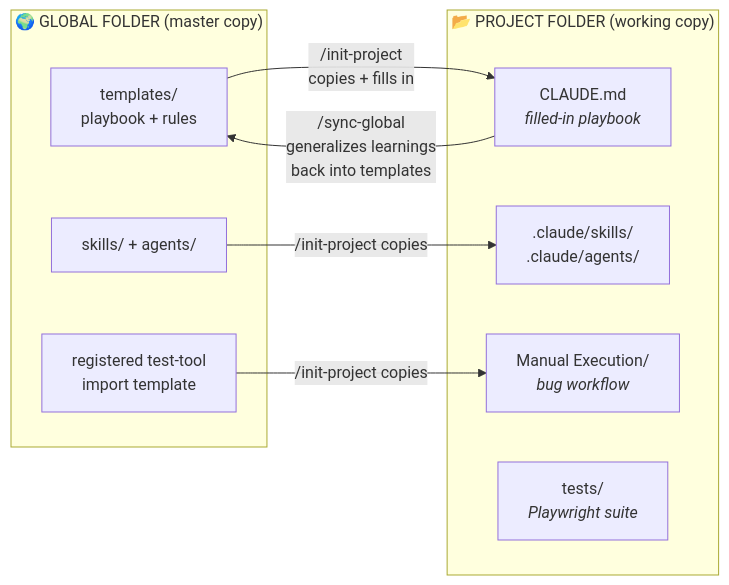
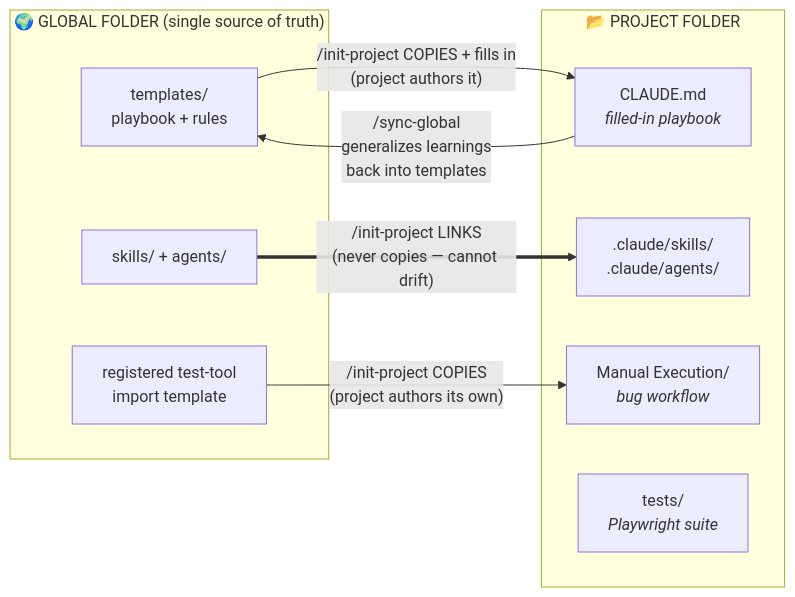
One commit to megomagdy/QA-Orchestrator changed the second of 4 diagrams in README.md. Above: the diagram before and after it, drawn with Mermaid. The commit also changed other lines of this file and 38 other files, not shown here.

````diff
--- a/README.md
+++ b/README.md
@@ -171,20 +173,20 @@
 ```mermaid
 flowchart LR
-    subgraph G["🌍 GLOBAL FOLDER (master copy)"]
+    subgraph G["🌍 GLOBAL FOLDER (single source of truth)"]
         GT["templates/<br/>playbook + rules"]
         GS["skills/ + agents/"]
         GX["registered test-tool<br/>import template"]
     end
 
-    subgraph P["📂 PROJECT FOLDER (working copy)"]
+    subgraph P["📂 PROJECT FOLDER"]
         PC["CLAUDE.md<br/><i>filled-in playbook</i>"]
         PS[".claude/skills/<br/>.claude/agents/"]
         PM["Manual Execution/<br/><i>bug workflow</i>"]
         PT["tests/<br/><i>Playwright suite</i>"]
     end
 
-    GT -->|"/init-project<br/>copies + fills in"| PC
-    GS -->|"/init-project copies"| PS
-    GX -->|"/init-project copies"| PM
+    GT -->|"/init-project COPIES + fills in<br/>(project authors it)"| PC
+    GS ==>|"/init-project LINKS<br/>(never copies — cannot drift)"| PS
+    GX -->|"/init-project COPIES<br/>(project authors its own)"| PM
     PC -->|"/sync-global<br/>generalizes learnings<br/>back into templates"| GT
 ```
````
